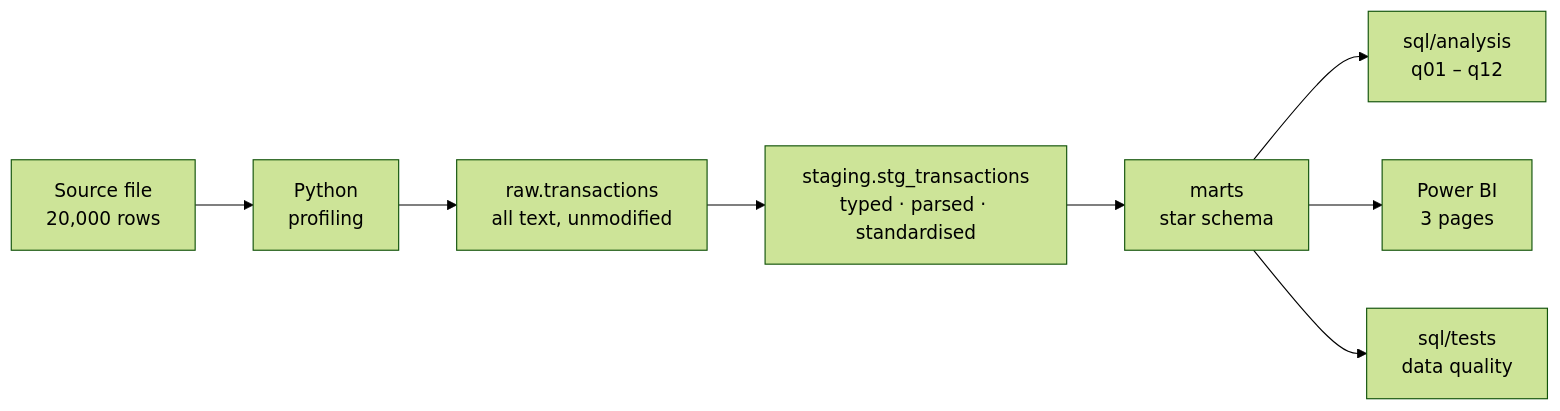
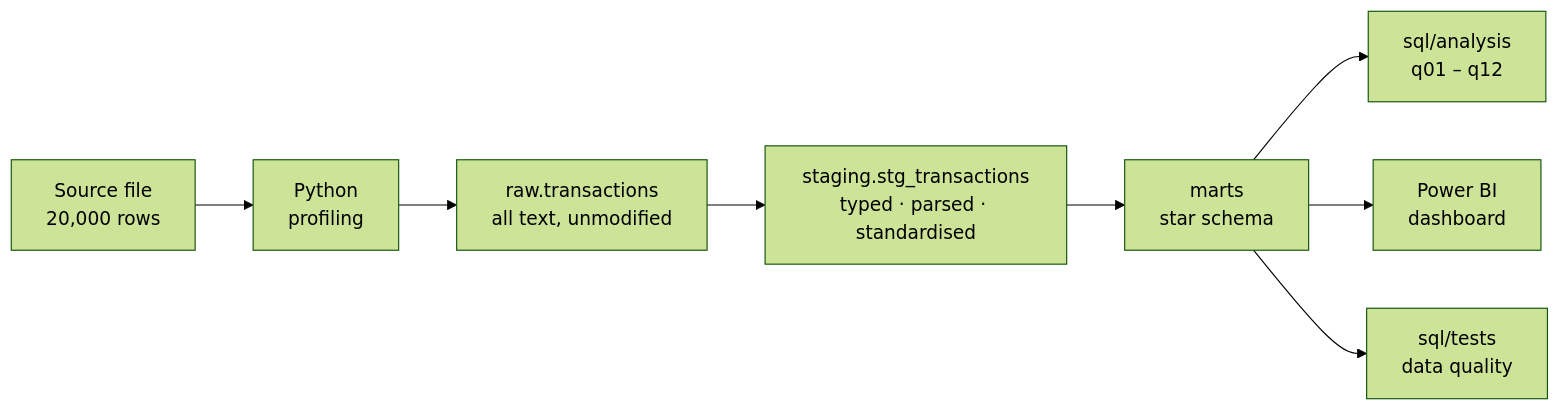
The first of 2 diagrams in README.md (BuiHang-stp/Banking-Transactions), drawn with Mermaid (forest theme) before and after one commit. The commit also changed other lines of this file, not shown here.

````diff
--- a/README.md
+++ b/README.md
@@ -134,10 +118,10 @@
 ```mermaid
 flowchart LR
     A["Source file<br/>20,000 rows"] --> B["Python<br/>profiling"]
     B --> C["raw.transactions<br/>all text, unmodified"]
     C --> D["staging.stg_transactions<br/>typed · parsed · standardised"]
     D --> E["marts<br/>star schema"]
     E --> F["sql/analysis<br/>q01 – q12"]
-    E --> G["Power BI<br/>3 pages"]
+    E --> G["Power BI<br/>dashboard"]
     E --> H["sql/tests<br/>data quality"]
 ```
````
